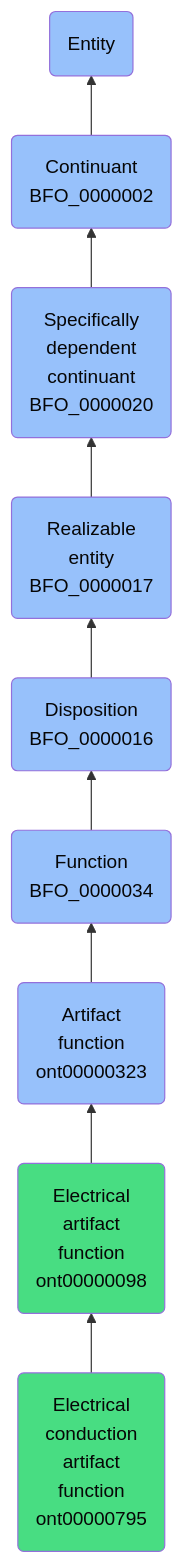
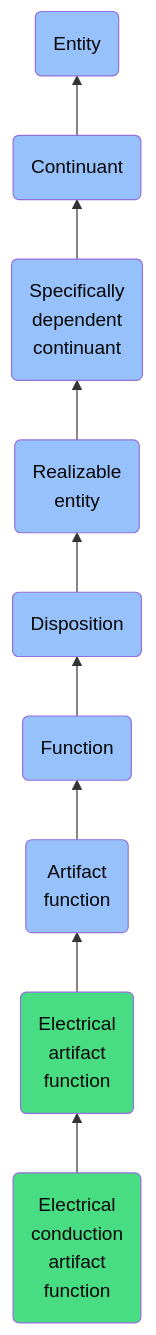
One commit to jupyter-naas/abi changed the diagram in docs/ontology/reference/model/Entity/Continuant/Specifically dependent continuant/Realizable entity/Disposition/Function/Artifact function/Electrical artifact function/Electrical conduction artifact function/Electrical conduction artifact function.md. Above: the diagram before and after it, drawn with Mermaid. The commit also changed other lines of this file and 1430 other files, not shown here.

````diff
--- a/docs/ontology/reference/model/Entity/Continuant/Specifically dependent continuant/Realizable entity/Disposition/Function/Artifact function/Electrical artifact function/Electrical conduction artifact function/Electrical conduction artifact function.md
+++ b/docs/ontology/reference/model/Entity/Continuant/Specifically dependent continuant/Realizable entity/Disposition/Function/Artifact function/Electrical artifact function/Electrical conduction artifact function/Electrical conduction artifact function.md
@@ -24,16 +24,16 @@
 ```mermaid
 graph BT
-    ont00000795(Electrical<br>conduction<br>artifact<br>function<br>ont00000795):::ABI-->ont00000098
-    ont00000098(Electrical<br>artifact<br>function<br>ont00000098):::ABI-->ont00000323
-    ont00000323(Artifact<br>function<br>ont00000323):::BFO-->BFO_0000034
-    BFO_0000034(Function<br>BFO_0000034):::BFO-->BFO_0000016
-    BFO_0000016(Disposition<br>BFO_0000016):::BFO-->BFO_0000017
-    BFO_0000017(Realizable<br>entity<br>BFO_0000017):::BFO-->BFO_0000020
-    BFO_0000020(Specifically<br>dependent<br>continuant<br>BFO_0000020):::BFO-->BFO_0000002
-    BFO_0000002(Continuant<br>BFO_0000002):::BFO-->BFO_0000001
+    ont00000795(Electrical<br>conduction<br>artifact<br>function):::ABI-->ont00000098
+    ont00000098(Electrical<br>artifact<br>function):::ABI-->ont00000323
+    ont00000323(Artifact<br>function):::BFO-->BFO_0000034
+    BFO_0000034(Function):::BFO-->BFO_0000016
+    BFO_0000016(Disposition):::BFO-->BFO_0000017
+    BFO_0000017(Realizable<br>entity):::BFO-->BFO_0000020
+    BFO_0000020(Specifically<br>dependent<br>continuant):::BFO-->BFO_0000002
+    BFO_0000002(Continuant):::BFO-->BFO_0000001
     BFO_0000001(Entity):::BFO
     
     classDef BFO fill:#97c1fb,color:#060606
     classDef CCO fill:#e4c51e,color:#060606
     classDef ABI fill:#48DD82,color:#060606
 ```
````
